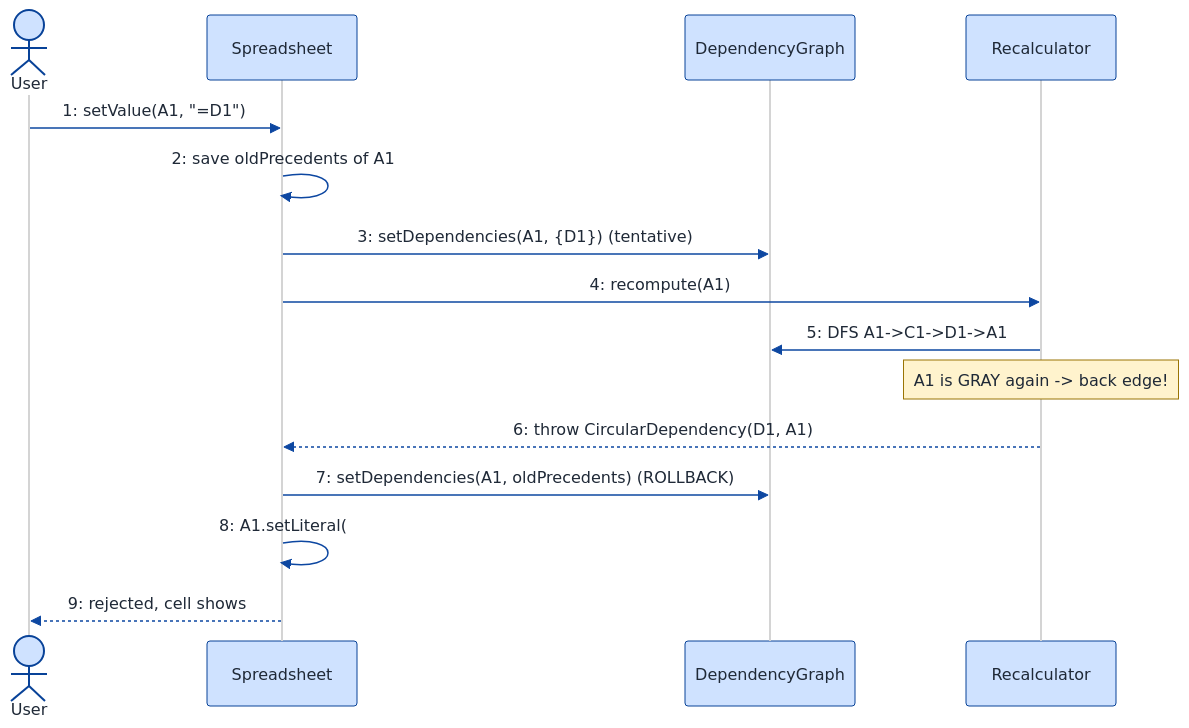
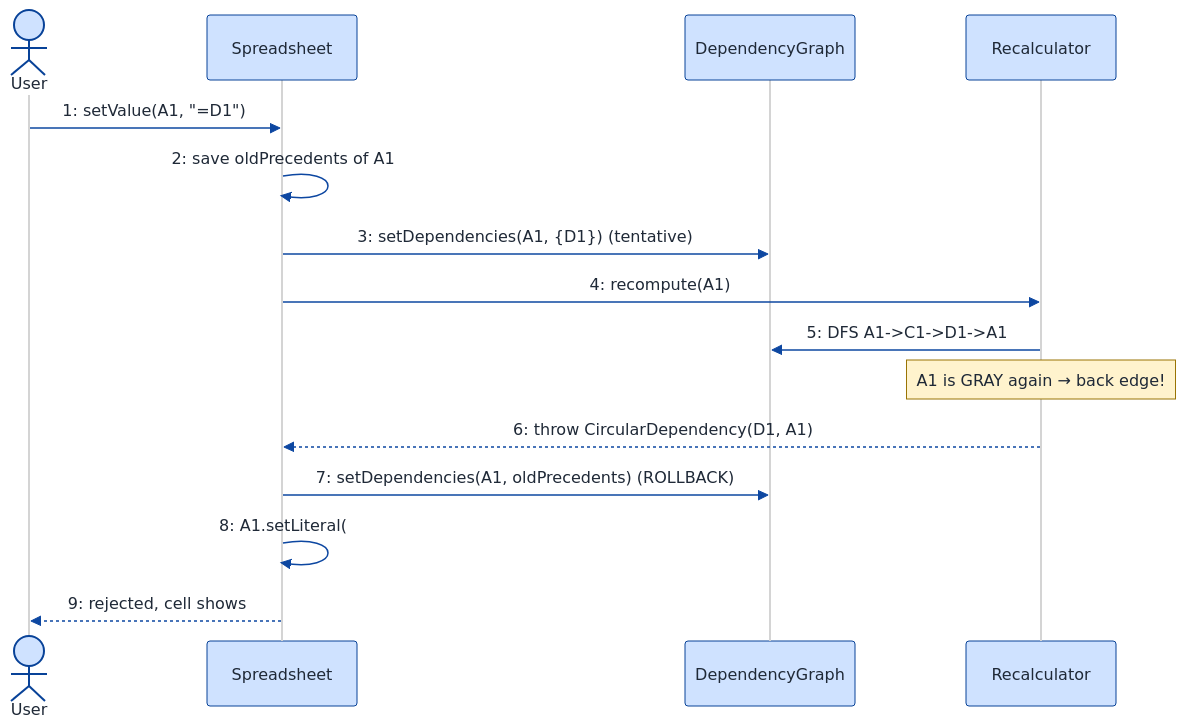
The ninth of 9 diagrams in LLD/Topics/Observer_Pattern/Spreadsheet_Application.md (Prateek-5/question-bank), drawn with Mermaid before and after one commit. The commit also changed other lines of this file and 11 other files, not shown here.

First line of the commit message:
Fix sequenceDiagram parse error: arrow tokens in message text and Note bodies

````diff
--- a/LLD/Topics/Observer_Pattern/Spreadsheet_Application.md
+++ b/LLD/Topics/Observer_Pattern/Spreadsheet_Application.md
@@ -1354,49 +1354,49 @@
 ```mermaid
 ---
 config:
   theme: neutral
   themeVariables:
     background: '#ffffff'
     primaryColor: '#cfe2ff'
     primaryTextColor: '#1f2937'
     primaryBorderColor: '#084298'
     secondaryColor: '#fff3cd'
     secondaryTextColor: '#1f2937'
     secondaryBorderColor: '#664d03'
     tertiaryColor: '#d1e7dd'
     tertiaryTextColor: '#1f2937'
     tertiaryBorderColor: '#0a3622'
     lineColor: '#0d47a1'
     textColor: '#1f2937'
     noteBkgColor: '#fff3cd'
     noteTextColor: '#1f2937'
     noteBorderColor: '#997404'
     actorBkg: '#cfe2ff'
     actorBorder: '#084298'
     actorTextColor: '#1f2937'
     signalColor: '#0d47a1'
     signalTextColor: '#1f2937'
     labelBoxBkgColor: '#ffffff'
     labelBoxBorderColor: '#d3d3d3'
     labelTextColor: '#1f2937'
     edgeLabelBackground: '#ffffff'
     labelBackground: '#ffffff'
     classText: '#1f2937'
     fontFamily: 'system-ui, -apple-system, Segoe UI, Helvetica, Arial, sans-serif'
 ---
 sequenceDiagram
   actor User
   participant Sheet as Spreadsheet
   participant Graph as DependencyGraph
   participant Recalc as Recalculator
   User->>Sheet: 1: setValue(A1, "=D1")
   Sheet->>Sheet: 2: save oldPrecedents of A1
   Sheet->>Graph: 3: setDependencies(A1, {D1})  (tentative)
   Sheet->>Recalc: 4: recompute(A1)
   Recalc->>Graph: 5: DFS A1->C1->D1->A1
-  Note over Recalc: A1 is GRAY again -> back edge!
+  Note over Recalc: A1 is GRAY again → back edge!
   Recalc-->>Sheet: 6: throw CircularDependency(D1, A1)
   Sheet->>Graph: 7: setDependencies(A1, oldPrecedents)  (ROLLBACK)
   Sheet->>Sheet: 8: A1.setLiteral(#CIRCULAR!)
   Sheet-->>User: 9: rejected, cell shows #CIRCULAR!
 ```
````
